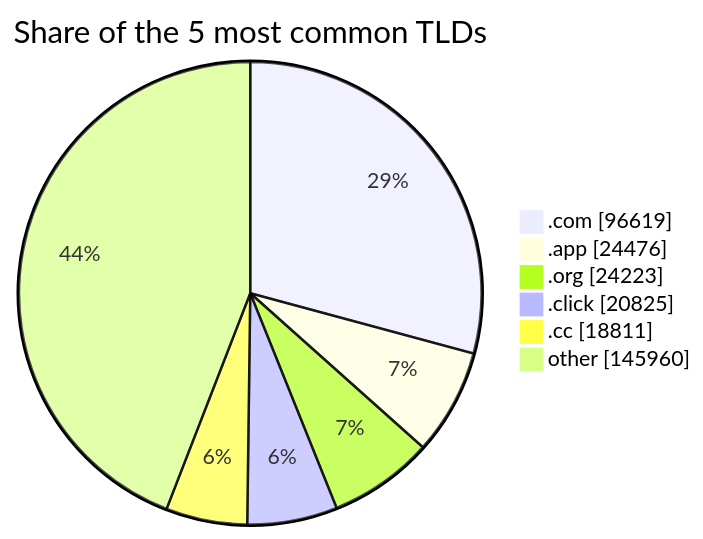
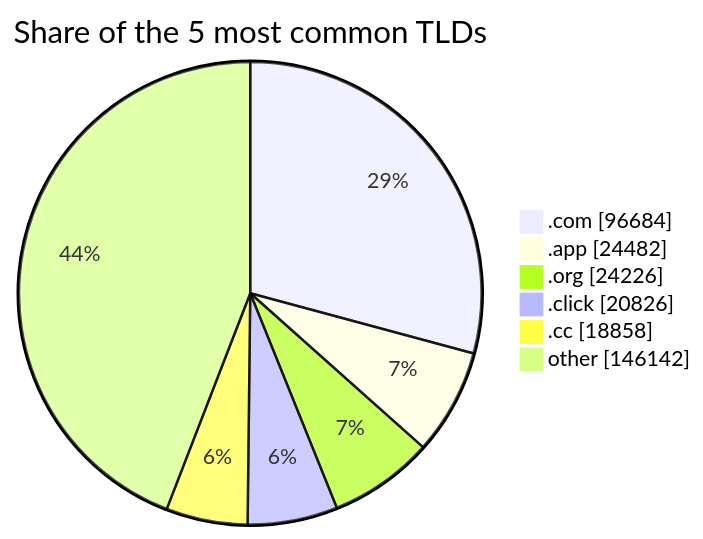
Before and after one commit to DNSBunker/CTI: the third of 3 diagrams in README.md, drawn with Mermaid. The commit also changed other lines of this file and 4 other files, not shown here.

````diff
--- a/README.md
+++ b/README.md
@@ -81,9 +81,9 @@
 ```mermaid
 pie showData title Share of the 5 most common TLDs
-    ".com" : 96619
-    ".app" : 24476
-    ".org" : 24223
-    ".click" : 20825
-    ".cc" : 18811
-    "other" : 145960
+    ".com" : 96684
+    ".app" : 24482
+    ".org" : 24226
+    ".click" : 20826
+    ".cc" : 18858
+    "other" : 146142
 ```
````
